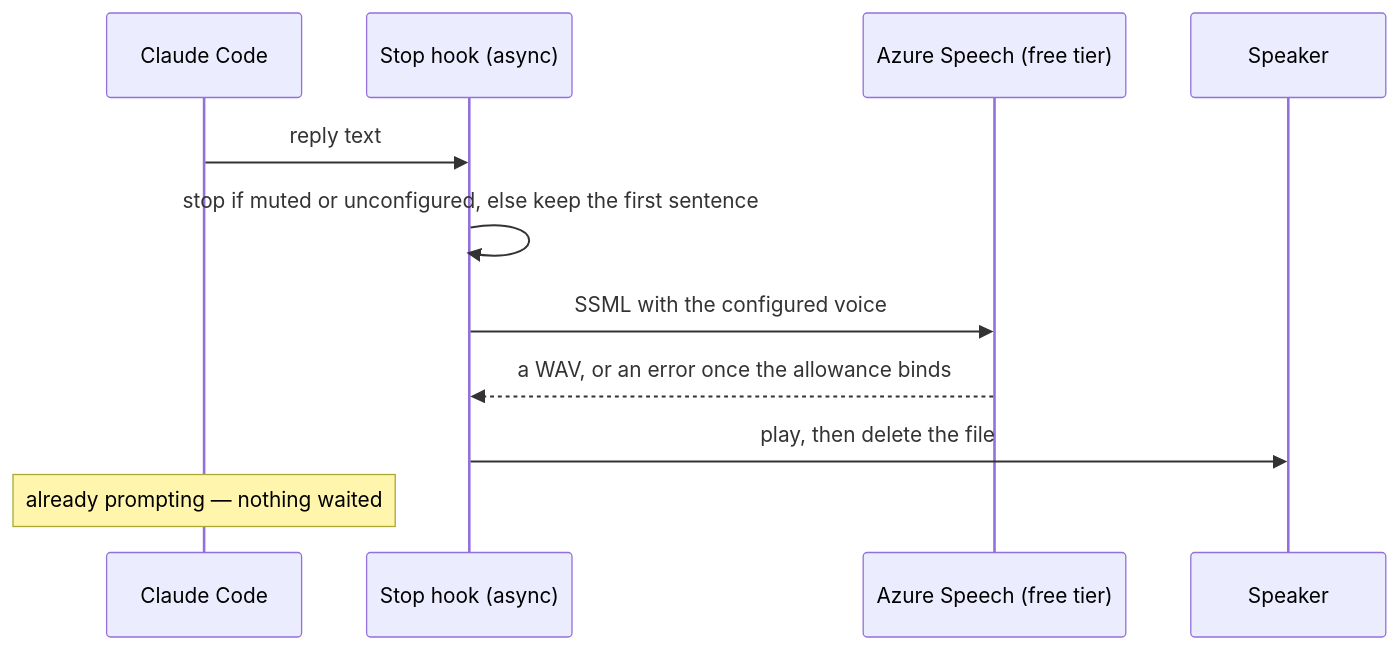
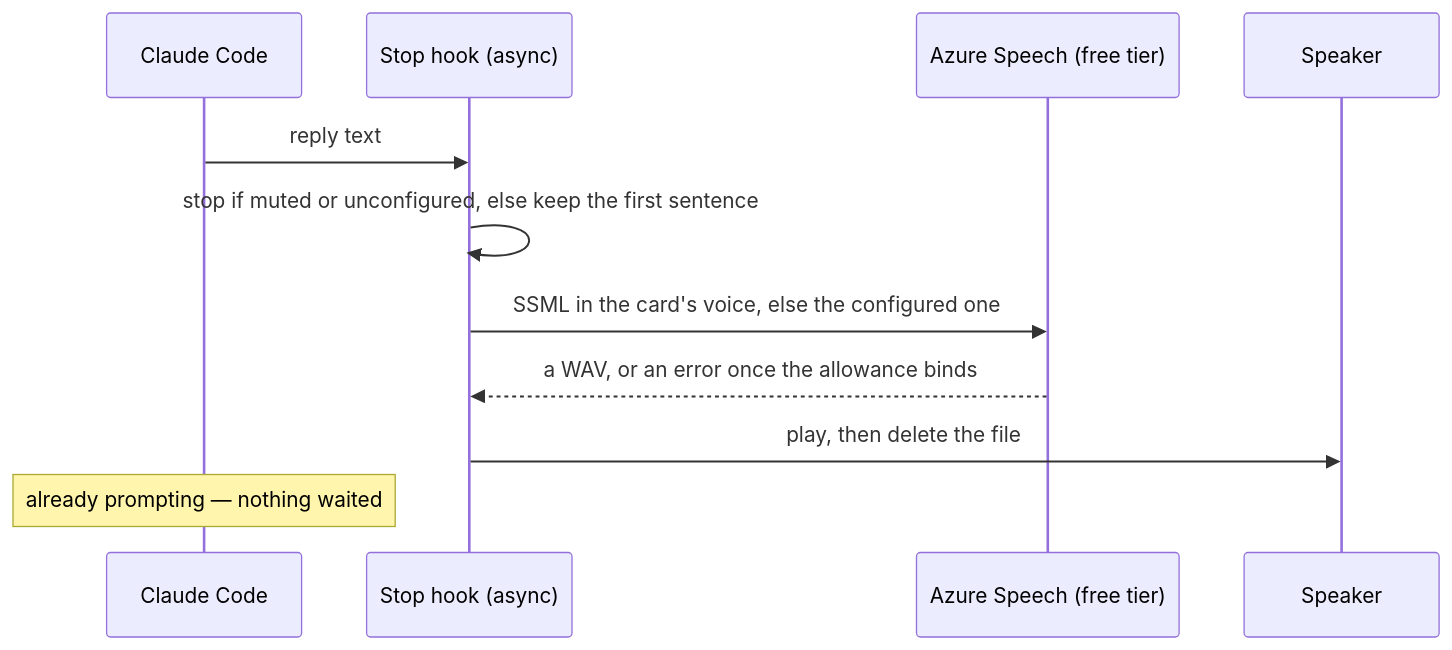
Before and after one commit to Esposter/Esposter: the diagram in apps/web/content/docs/infra/claude-interface/spoken-replies.md, drawn with Mermaid.

Commit message:
docs(claude-interface): the hook's diagram names the voice its prose does
Step 3 already said the SSML goes out in the voice the session's character is
read in, but the edge under it still said the configured voice — the one the card
now overrides for every character somebody has written a voice for.

Drains: 5260668157

````diff
--- a/apps/web/content/docs/infra/claude-interface/spoken-replies.md
+++ b/apps/web/content/docs/infra/claude-interface/spoken-replies.md
@@ -17,14 +17,14 @@
 ```mermaid
 sequenceDiagram
     participant Claude as Claude Code
     participant Hook as Stop hook (async)
     participant Azure as Azure Speech (free tier)
     participant Audio as Speaker
 
     Claude->>Hook: reply text
     Hook->>Hook: stop if muted or unconfigured, else keep the first sentence
-    Hook->>Azure: SSML with the configured voice
+    Hook->>Azure: SSML in the card's voice, else the configured one
     Azure-->>Hook: a WAV, or an error once the allowance binds
     Hook->>Audio: play, then delete the file
     Note over Claude: already prompting — nothing waited
 ```
````
